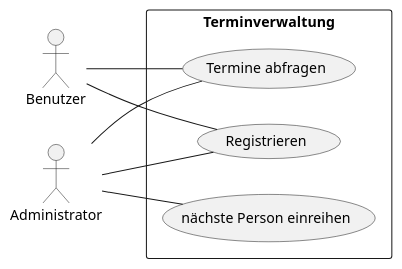
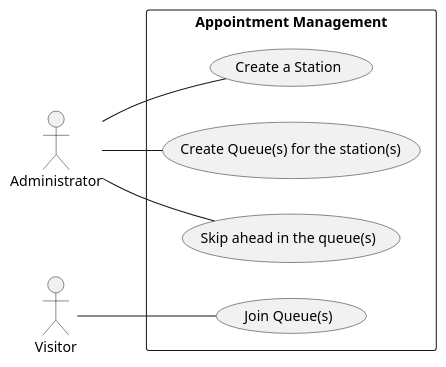
One commit to 2324-3bhif-teaching/AppointmentManagement changed the diagram in asciidocs/plantuml/Usecasediagramm.puml. Above: the diagram before and after it, drawn with PlantUML. The commit also changed 4 other files, not shown here.

```diff
--- a/asciidocs/plantuml/Usecasediagramm.puml
+++ b/asciidocs/plantuml/Usecasediagramm.puml
@@ -1,20 +1,18 @@
 @startuml
-
 left to right direction
 
-actor "Benutzer" as user
 actor "Administrator" as admin
+actor "Visitor" as vi
 
-rectangle Terminverwaltung {
-    usecase "Termine abfragen" as termine
-    usecase "Registrieren" as register
-    usecase "nächste Person einreihen" as skip
-
-    user -- termine
-    user -- register
-    admin -- termine
-    admin -- register
-    admin -- skip
+rectangle "Appointment Management" {
+  usecase "Create a Station" as UC1
+  usecase "Create Queue(s) for the station(s)" as UC2
+  usecase "Skip ahead in the queue(s)" as UC3
+  usecase "Join Queue(s)" as UC4
 }
 
+admin -- UC1
+admin -- UC2
+admin -- UC3
+vi -- UC4
 @enduml
```
